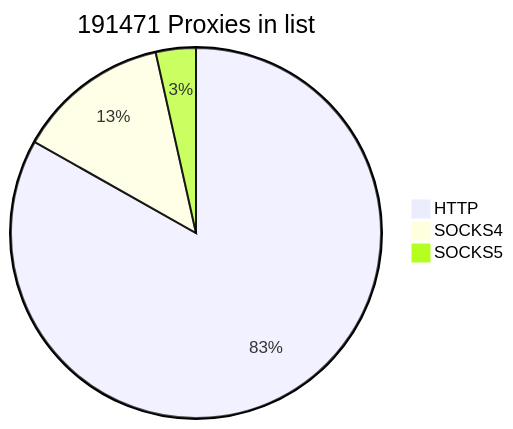
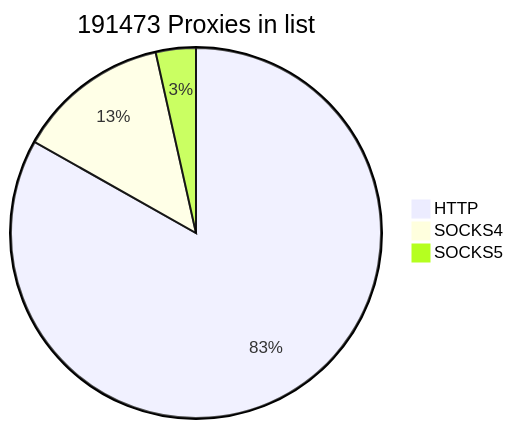
The first of 2 diagrams in README.md (cutipu/proxylist), drawn with Mermaid before and after one commit. The commit also changed other lines of this file, not shown here.

````diff
--- a/README.md
+++ b/README.md
@@ -2,7 +2,7 @@
 ```mermaid
-pie title 191471 Proxies in list
+pie title 191473 Proxies in list
     "HTTP" : 159256
-    "SOCKS4" : 25517
-    "SOCKS5" : 6698
+    "SOCKS4" : 25520
+    "SOCKS5" : 6697
             
 ```
````
